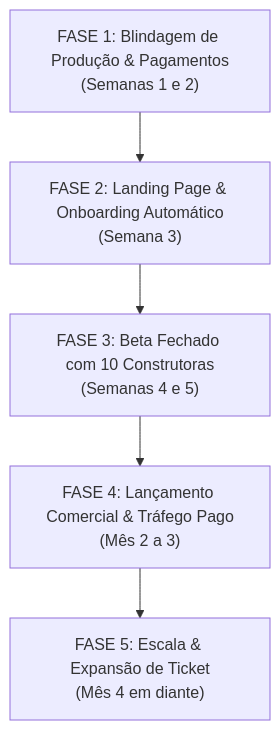
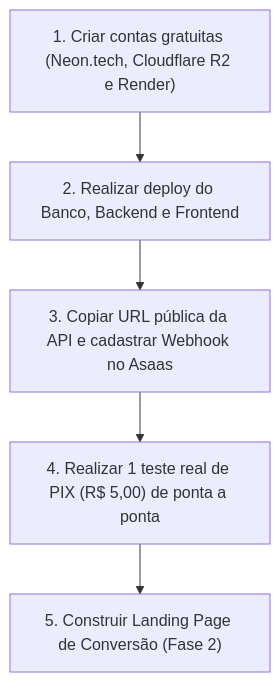
The third of 3 diagrams in docs/PLANO_DESENVOLVIMENTO_MONETIZACAO.md (marrcoso/gestor-obras), drawn with Mermaid before and after one commit. The commit also changed other lines of this file, not shown here.

````diff
--- a/docs/PLANO_DESENVOLVIMENTO_MONETIZACAO.md
+++ b/docs/PLANO_DESENVOLVIMENTO_MONETIZACAO.md
@@ -139,7 +224,7 @@
 ```mermaid
 flowchart TD
-    F1["FASE 1: Blindagem de Produção & Pagamentos<br>(Semanas 1 e 2)"] --> F2["FASE 2: Landing Page & Onboarding Automático<br>(Semana 3)"]
-    F2 --> F3["FASE 3: Beta Fechado com 10 Construtoras<br>(Semanas 4 e 5)"]
-    F3 --> F4["FASE 4: Lançamento Comercial & Tráfego Pago<br>(Mês 2 a 3)"]
-    F4 --> F5["FASE 5: Escala & Expansão de Ticket<br>(Mês 4 em diante)"]
+    S1["1. Criar contas gratuitas (Neon.tech, Cloudflare R2 e Render)"] --> S2["2. Realizar deploy do Banco, Backend e Frontend"]
+    S2 --> S3["3. Copiar URL pública da API e cadastrar Webhook no Asaas"]
+    S3 --> S4["4. Realizar 1 teste real de PIX (R$ 5,00) de ponta a ponta"]
+    S4 --> S5["5. Construir Landing Page de Conversão (Fase 2)"]
 ```
````
